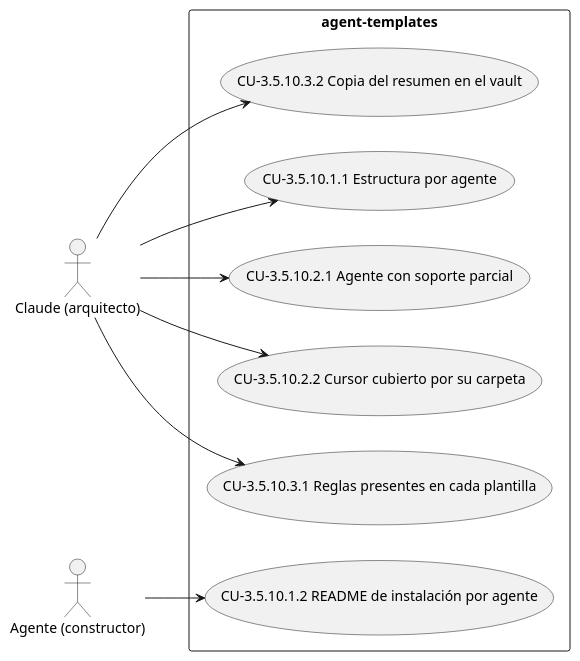
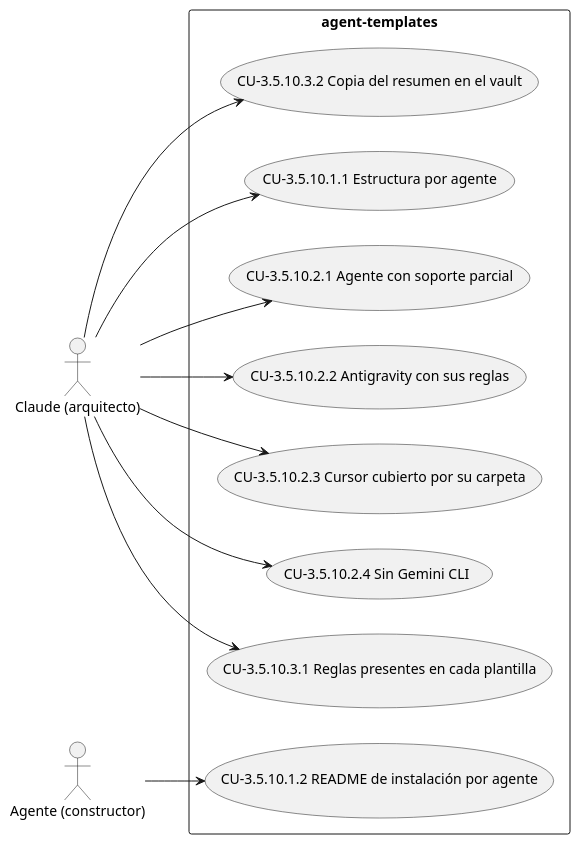
One commit to Lautaro-Montecchiani/sdd-global-config changed the tenth of 11 diagrams in docs/srs.md. Above: the diagram before and after it, drawn with PlantUML. The commit also changed other lines of this file, not shown here.

````diff
--- a/docs/srs.md
+++ b/docs/srs.md
@@ -1372,21 +1380,25 @@
 ```plantuml
 @startuml
 left to right direction
 actor "Claude (arquitecto)" as A1
 actor "Agente (constructor)" as A2
 rectangle "agent-templates" {
   usecase "CU-3.5.10.1.1 Estructura por agente" as UC_3_5_10_1_1
   usecase "CU-3.5.10.1.2 README de instalación por agente" as UC_3_5_10_1_2
   usecase "CU-3.5.10.2.1 Agente con soporte parcial" as UC_3_5_10_2_1
-  usecase "CU-3.5.10.2.2 Cursor cubierto por su carpeta" as UC_3_5_10_2_2
+  usecase "CU-3.5.10.2.2 Antigravity con sus reglas" as UC_3_5_10_2_2
+  usecase "CU-3.5.10.2.3 Cursor cubierto por su carpeta" as UC_3_5_10_2_3
+  usecase "CU-3.5.10.2.4 Sin Gemini CLI" as UC_3_5_10_2_4
   usecase "CU-3.5.10.3.1 Reglas presentes en cada plantilla" as UC_3_5_10_3_1
   usecase "CU-3.5.10.3.2 Copia del resumen en el vault" as UC_3_5_10_3_2
 }
 A1 --> UC_3_5_10_1_1
 A2 --> UC_3_5_10_1_2
 A1 --> UC_3_5_10_2_1
 A1 --> UC_3_5_10_2_2
+A1 --> UC_3_5_10_2_3
+A1 --> UC_3_5_10_2_4
 A1 --> UC_3_5_10_3_1
 A1 --> UC_3_5_10_3_2
 @enduml
 ```
````
